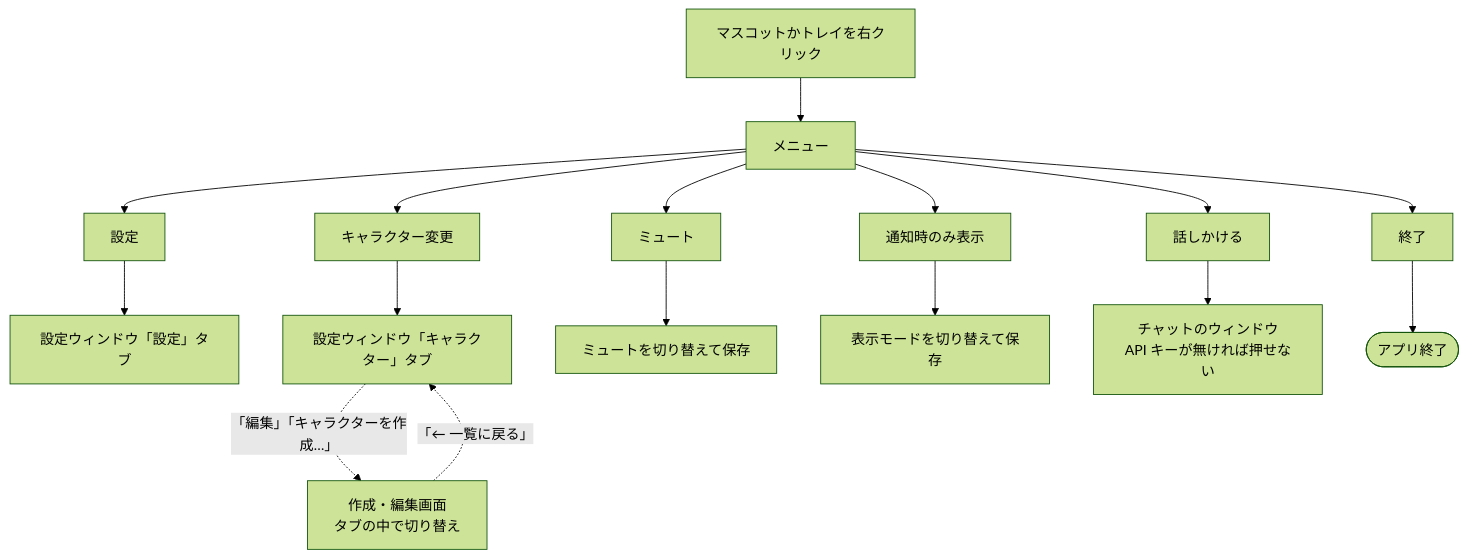
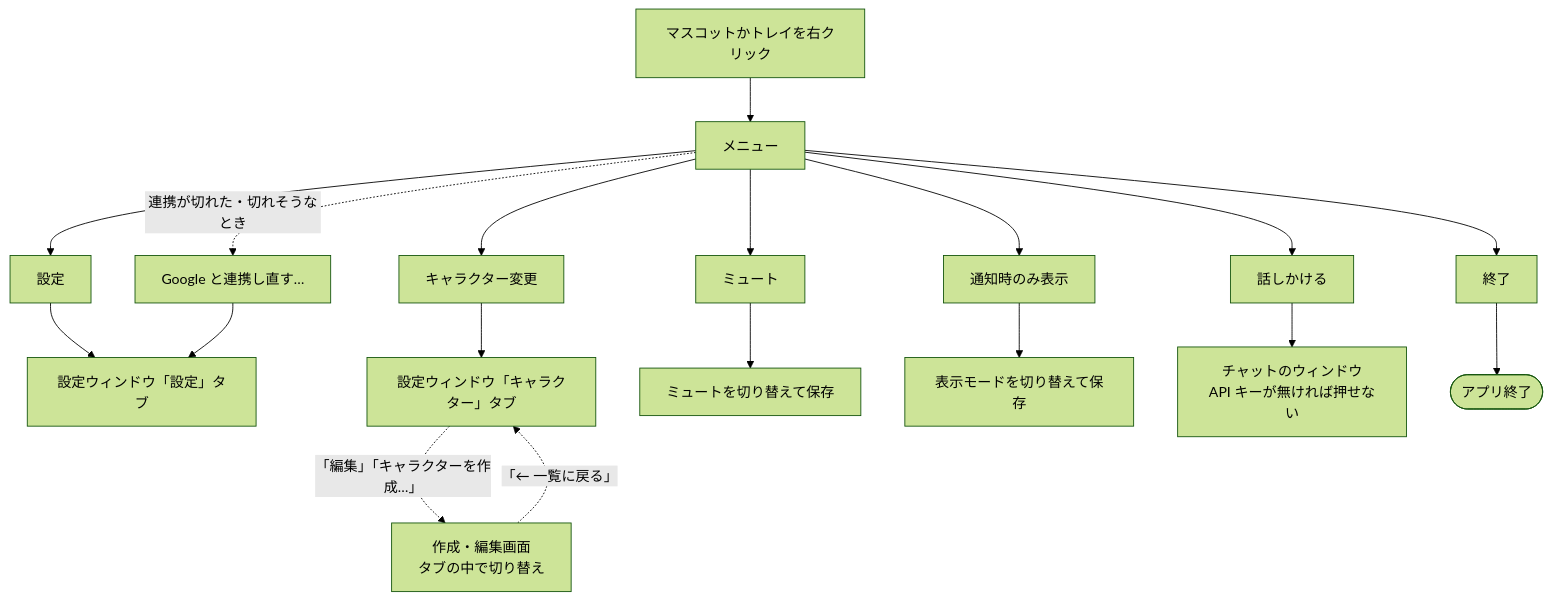
Before and after one commit to katuo194/oshirase-mate: the third of 5 diagrams in docs/要件定義書_v6.md, drawn with Mermaid (forest theme). The commit also changed other lines of this file and 53 other files, not shown here.

````diff
--- a/docs/要件定義書_v6.md
+++ b/docs/要件定義書_v6.md
@@ -533,19 +541,21 @@
 ```mermaid
 flowchart TD
     RC[マスコットかトレイを右クリック] --> Menu[メニュー]
+    Menu -.連携が切れた・切れそうなとき.-> R[Google と連携し直す…]
     Menu --> S[設定]
     Menu --> C[キャラクター変更]
     Menu --> M[ミュート]
     Menu --> N[通知時のみ表示]
     Menu --> T[話しかける]
     Menu --> Q[終了]
 
     S --> SettingsTab[設定ウィンドウ「設定」タブ]
+    R --> SettingsTab
     C --> CharTab[設定ウィンドウ「キャラクター」タブ]
     CharTab -.「編集」「キャラクターを作成…」.-> Editor[作成・編集画面<br/>タブの中で切り替え]
     Editor -.「← 一覧に戻る」.-> CharTab
     M --> ToggleMute[ミュートを切り替えて保存]
     N --> ToggleMode[表示モードを切り替えて保存]
     T --> Chat[チャットのウィンドウ<br/>API キーが無ければ押せない]
     Q --> Quit([アプリ終了])
 ```
````
